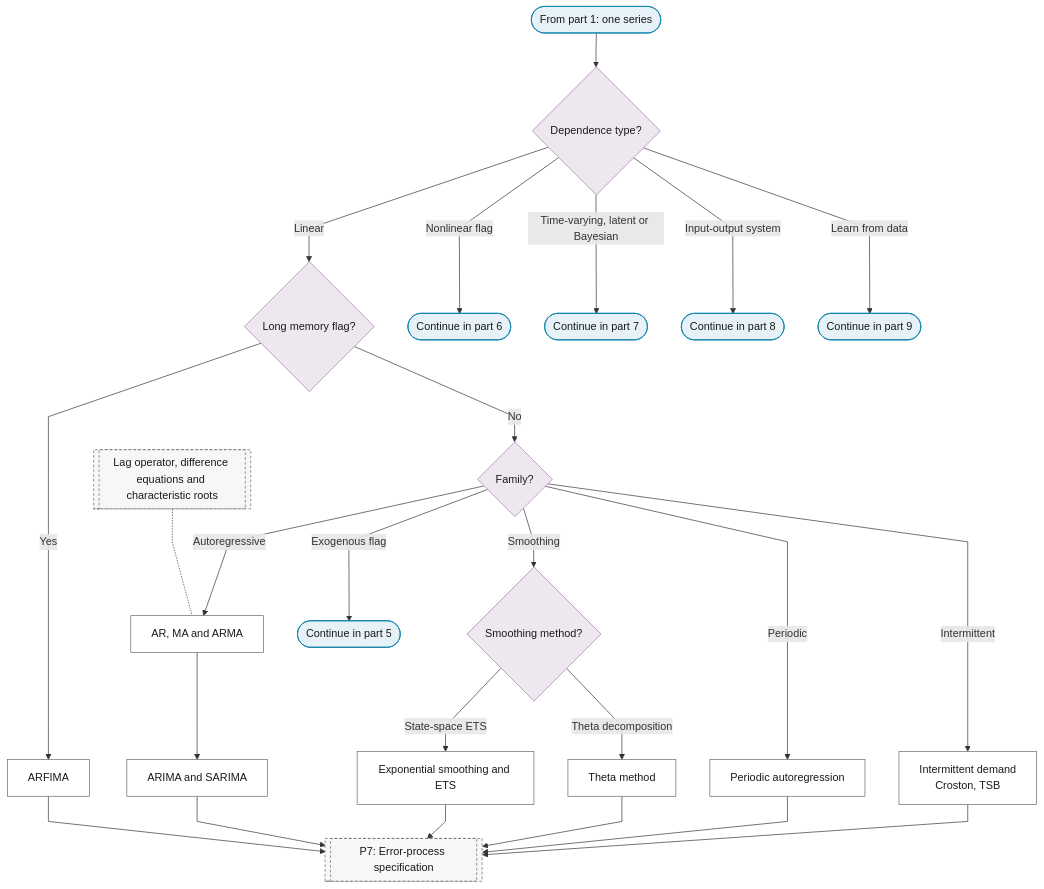
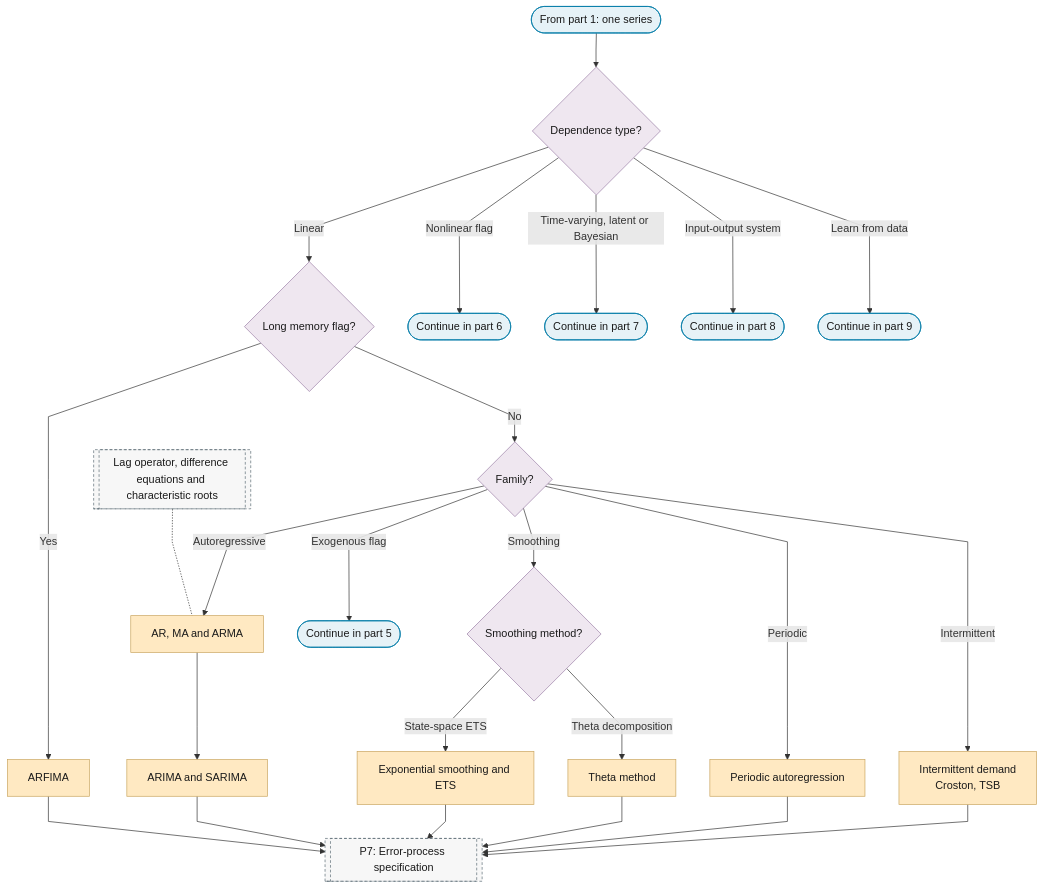
Before and after one commit to Shuxin-Y/time-series-analysis-manual: the fourth of 10 diagrams in docs/01-workflow/p06-mean-model-class.md, drawn with Mermaid. The commit also changed other lines of this file and 1 other file, not shown here.

First line of the commit message:
style(flowchart): P6 model and P8 estimator leaves keep the escalate outcome class

````diff
--- a/docs/01-workflow/p06-mean-model-class.md
+++ b/docs/01-workflow/p06-mean-model-class.md
@@ -98,35 +99,35 @@
 ```mermaid
 %%{init: {"flowchart": {"curve": "linear"}}}%%
 graph TD
     P6_PART_4_IN(["From part 1: one series"]) --> P6_DEPENDENCE{"Dependence type?"}
     P6_DEPENDENCE -->|"Linear"| P6_LINEAR{"Long memory flag?"}
     P6_DEPENDENCE -->|"Nonlinear flag"| P6_TO_PART_6(["Continue in part 6"])
     P6_DEPENDENCE -->|"Time-varying, latent or Bayesian"| P6_TO_PART_7(["Continue in part 7"])
     P6_DEPENDENCE -->|"Input-output system"| P6_TO_PART_8(["Continue in part 8"])
     P6_DEPENDENCE -->|"Learn from data"| P6_TO_PART_9(["Continue in part 9"])
     P6_LINEAR -->|"Yes"| P6_ARFIMA["ARFIMA"]
     P6_LINEAR -->|"No"| P6_LINEAR_FAMILY{"Family?"}
     P6_LINEAR_FAMILY -->|"Autoregressive"| P6_AR_MA_ARMA["AR, MA and ARMA"]
     P6_LINEAR_FAMILY -->|"Exogenous flag"| P6_TO_PART_5(["Continue in part 5"])
     P6_LINEAR_FAMILY -->|"Smoothing"| P6_SMOOTHING{"Smoothing method?"}
     P6_LINEAR_FAMILY -->|"Periodic"| P6_PERIODIC_AR["Periodic autoregression"]
     P6_LINEAR_FAMILY -->|"Intermittent"| P6_INTERMITTENT["Intermittent demand<br/>Croston, TSB"]
     P6_SMOOTHING -->|"State-space ETS"| P6_ETS["Exponential smoothing and ETS"]
     P6_SMOOTHING -->|"Theta decomposition"| P6_THETA["Theta method"]
     P6_AR_MA_ARMA --> P6_ARIMA_SARIMA["ARIMA and SARIMA"]
     P6_ARFIMA & P6_ARIMA_SARIMA & P6_ETS --> P7
     P6_THETA & P6_PERIODIC_AR & P6_INTERMITTENT --> P7[["P7: Error-process specification"]]
     F_LAG_OPERATOR[["Lag operator, difference equations and characteristic roots"]] -.- P6_AR_MA_ARMA
+    class P6_ARFIMA,P6_AR_MA_ARMA,P6_PERIODIC_AR,P6_INTERMITTENT,P6_ETS,P6_THETA,P6_ARIMA_SARIMA escalate
     class P6_PART_4_IN,P6_TO_PART_6,P6_TO_PART_7,P6_TO_PART_8,P6_TO_PART_9,P6_TO_PART_5 terminator
     class P6_DEPENDENCE,P6_LINEAR,P6_LINEAR_FAMILY,P6_SMOOTHING decision
-    class P6_ARFIMA,P6_AR_MA_ARMA,P6_PERIODIC_AR,P6_INTERMITTENT,P6_ETS,P6_THETA,P6_ARIMA_SARIMA process
     class P7,F_LAG_OPERATOR ref
     classDef terminator fill:#E6F2F7,stroke:#007BA7,color:#1A1A1A;
     classDef process fill:#FFFFFF,stroke:#5A6B73,color:#1A1A1A;
     classDef decision fill:#EFE7F0,stroke:#9B7FA7,color:#1A1A1A;
     classDef data fill:#FFF4E0,stroke:#C9A55E,color:#1A1A1A;
     classDef good fill:#DCEFD8,stroke:#4A7A3F,color:#1A1A1A;
     classDef escalate fill:#FFE9C2,stroke:#C9A55E,color:#1A1A1A;
     classDef problem fill:#F2D9DE,stroke:#800020,color:#1A1A1A;
     classDef ref fill:#F7F7F7,stroke:#5A6B73,color:#1A1A1A,stroke-dasharray:4 3;
 ```
````
